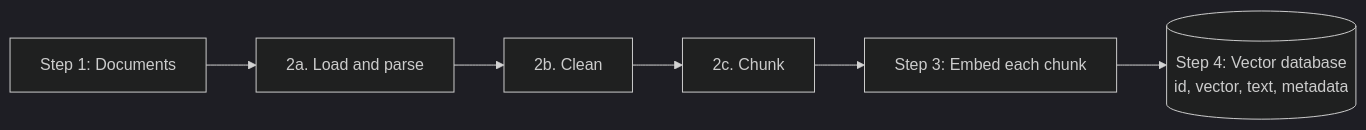
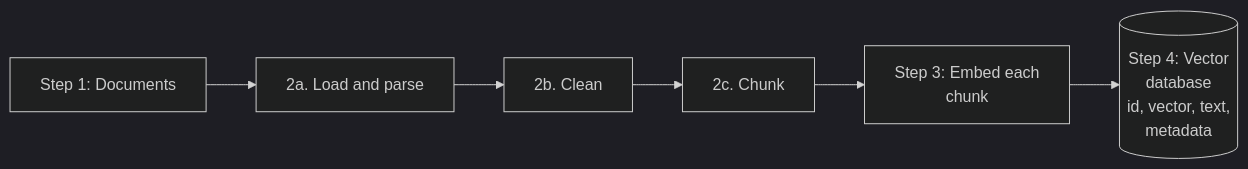
Before and after one commit to ajay-nikumbh/RAG-From-Basics-to-Production: the first of 2 diagrams in 01. Naive RAG/notes/01. Basic Concepts/10. Naive RAG Architecture End to End.md, drawn with Mermaid (dark theme). The commit also changed other lines of this file and 38 other files, not shown here.

First line of the commit message:
Group root README by pattern, widen tables, wrap diagram labels

````diff
--- a/01. Naive RAG/notes/01. Basic Concepts/10. Naive RAG Architecture End to End.md
+++ b/01. Naive RAG/notes/01. Basic Concepts/10. Naive RAG Architecture End to End.md
@@ -27,8 +27,8 @@
 ```mermaid
 flowchart LR
     A[Step 1: Documents] --> B[2a. Load and parse]
     B --> C[2b. Clean]
     C --> D[2c. Chunk]
-    D --> E[Step 3: Embed each chunk]
-    E --> F[(Step 4: Vector database<br/>id, vector, text, metadata)]
+    D --> E[Step 3: Embed each<br/>chunk]
+    E --> F[(Step 4: Vector<br/>database<br/>id, vector, text,<br/>metadata)]
 ```
````
